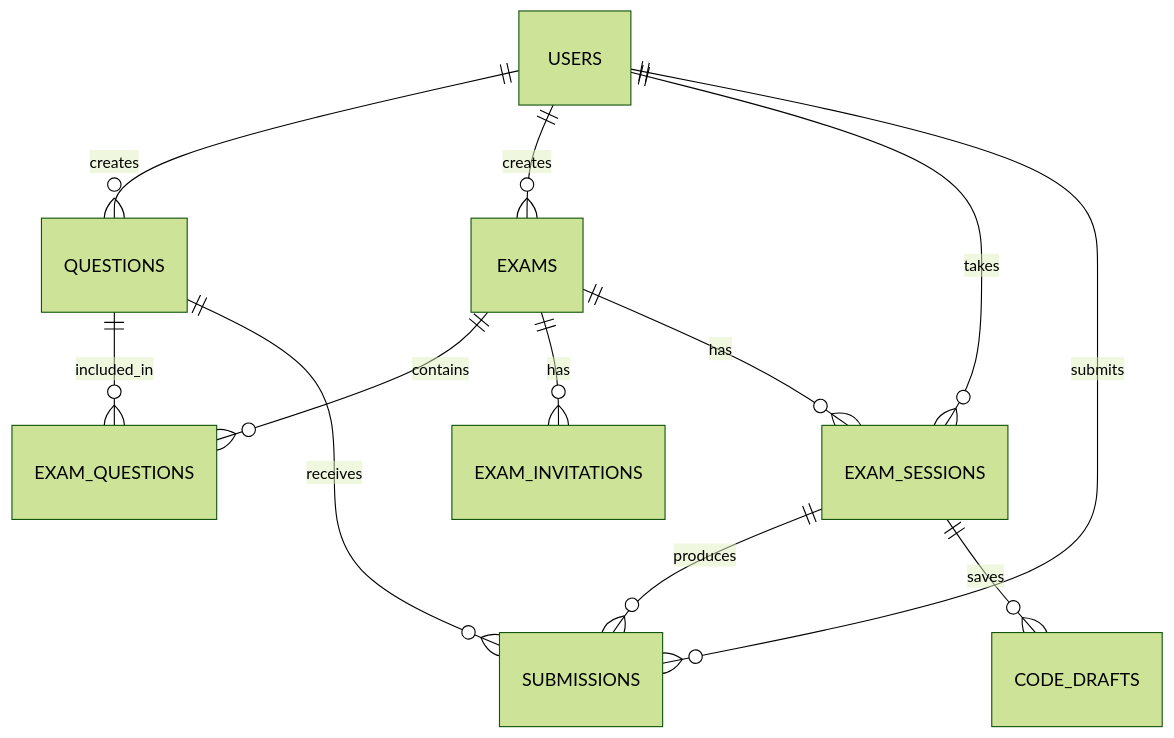
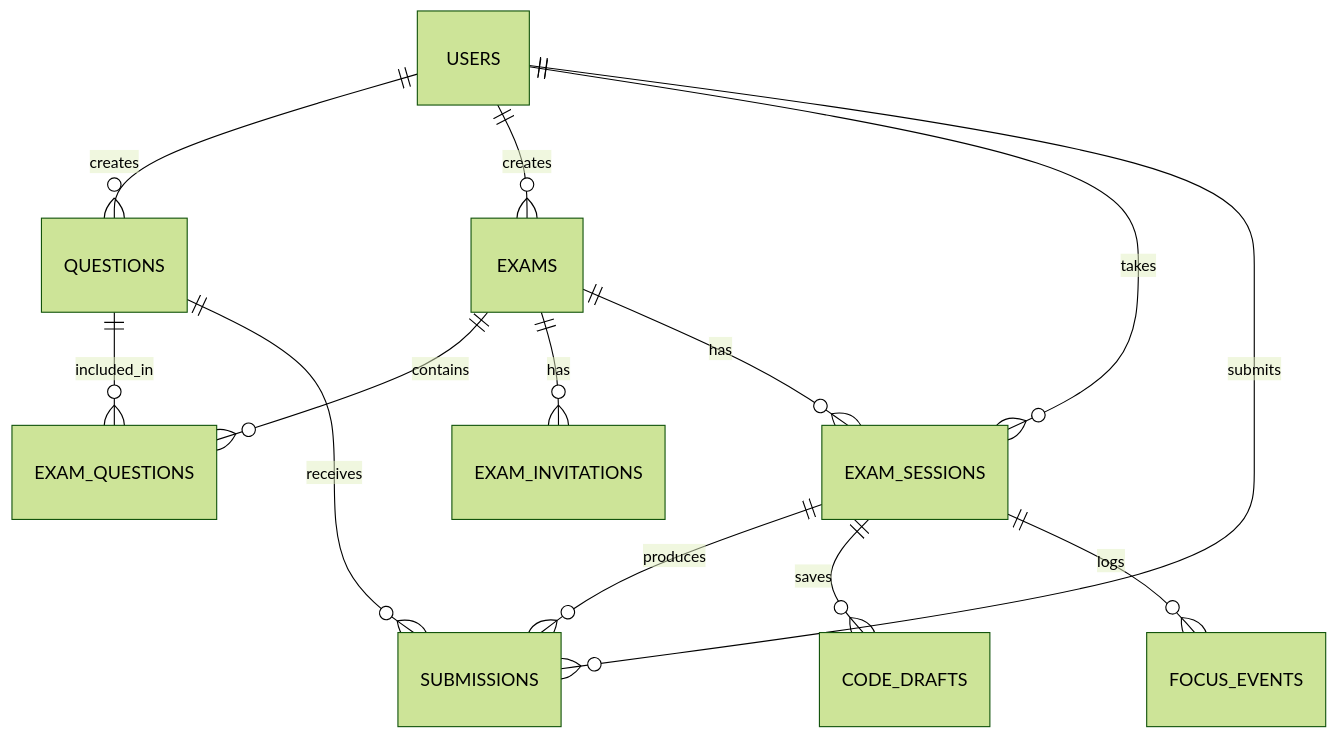
Before and after one commit to manishborikar92/CodeAssess: the diagram in docs/SCALING.md, drawn with Mermaid (forest theme). The commit also changed other lines of this file and 3 other files, not shown here.

First line of the commit message:
docs(scaling): Restructure architecture section and refine technical decisions

````diff
--- a/docs/SCALING.md
+++ b/docs/SCALING.md
@@ -809,14 +929,15 @@
 ```mermaid
 erDiagram
     USERS ||--o{ QUESTIONS : creates
     USERS ||--o{ EXAMS : creates
     USERS ||--o{ EXAM_SESSIONS : takes
     USERS ||--o{ SUBMISSIONS : submits
     EXAMS ||--o{ EXAM_QUESTIONS : contains
     EXAMS ||--o{ EXAM_INVITATIONS : has
     EXAMS ||--o{ EXAM_SESSIONS : has
     QUESTIONS ||--o{ EXAM_QUESTIONS : included_in
     QUESTIONS ||--o{ SUBMISSIONS : receives
     EXAM_SESSIONS ||--o{ SUBMISSIONS : produces
     EXAM_SESSIONS ||--o{ CODE_DRAFTS : saves
+    EXAM_SESSIONS ||--o{ FOCUS_EVENTS : logs
 ```
````
